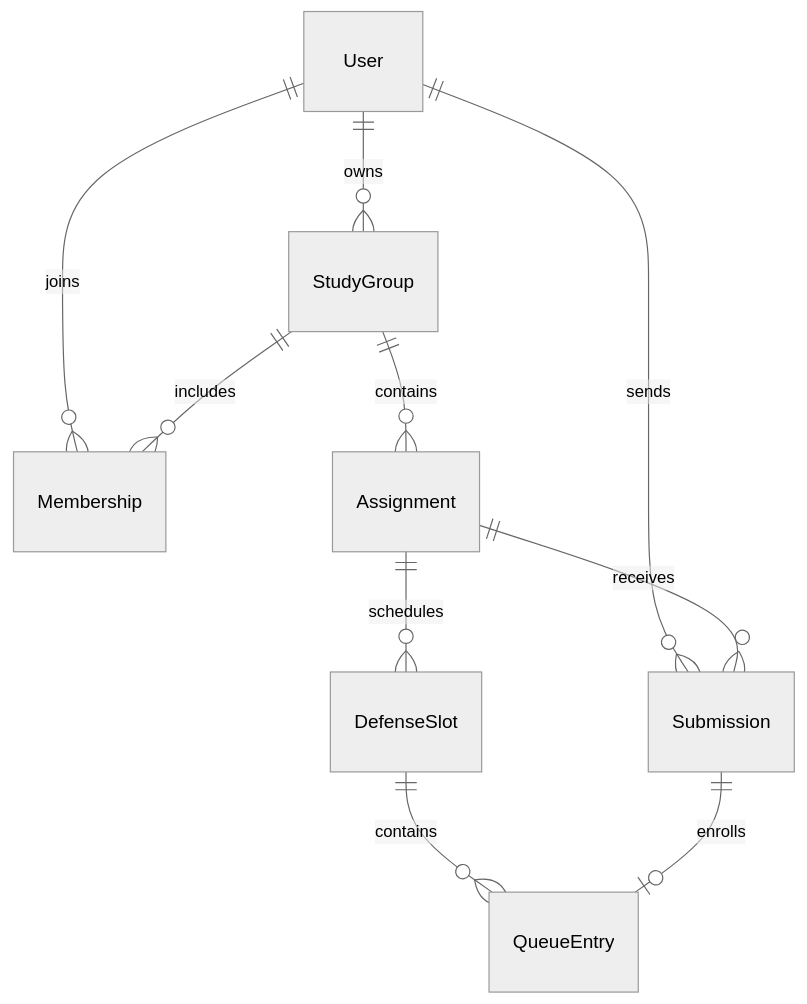
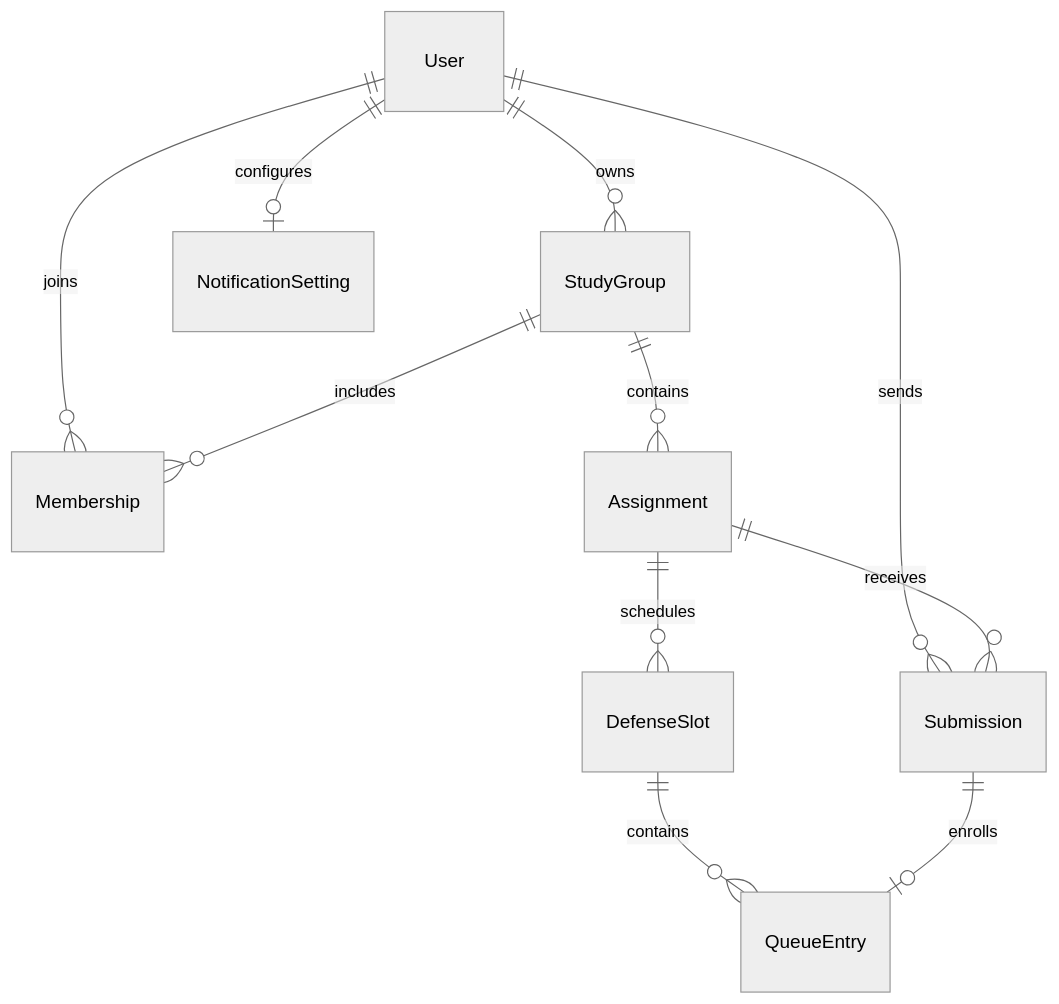
The diagram in docs/integration.md (Grooblik/LabDefender), drawn with Mermaid (neutral theme) before and after one commit. The commit also changed other lines of this file and 26 other files, not shown here.

````diff
--- a/docs/integration.md
+++ b/docs/integration.md
@@ -324,12 +424,13 @@
 ```mermaid
 erDiagram
     User ||--o{ StudyGroup : owns
     User ||--o{ Membership : joins
     StudyGroup ||--o{ Membership : includes
     StudyGroup ||--o{ Assignment : contains
     User ||--o{ Submission : sends
     Assignment ||--o{ Submission : receives
     Assignment ||--o{ DefenseSlot : schedules
     DefenseSlot ||--o{ QueueEntry : contains
     Submission ||--o| QueueEntry : enrolls
+    User ||--o| NotificationSetting : configures
 ```
````
